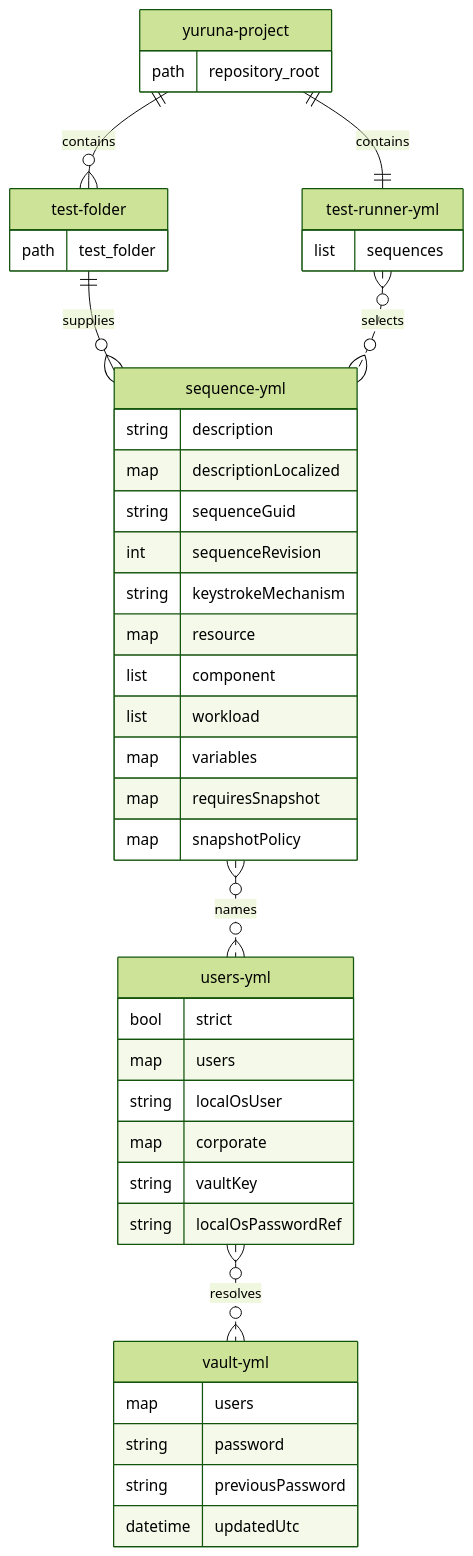
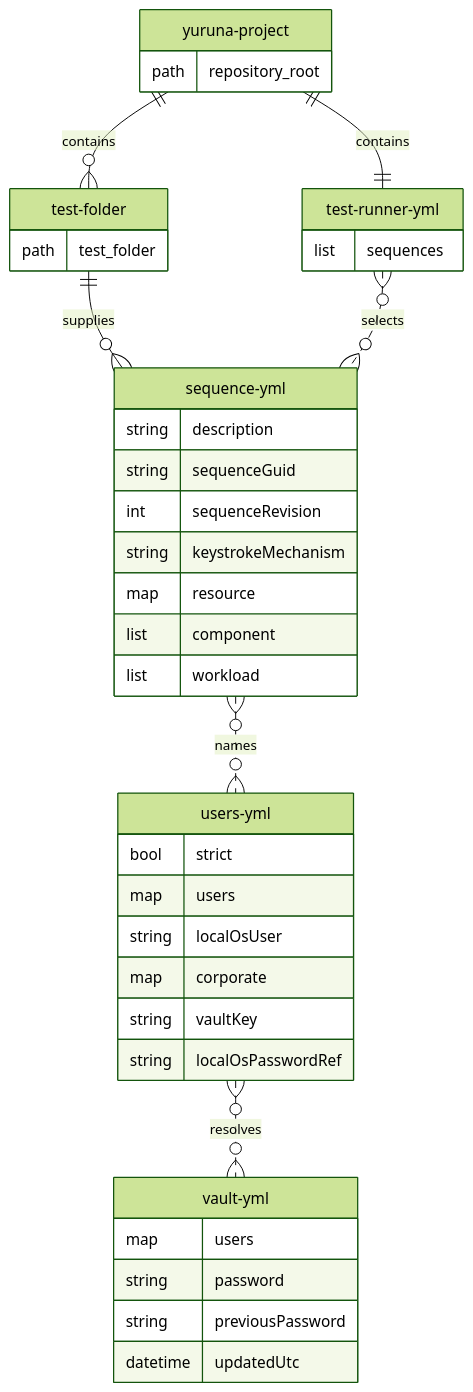
One commit to alissonsol/yuruna changed the third of 3 diagrams in docs/design/05-data-model.md. Above: the diagram before and after it, drawn with Mermaid (forest theme). The commit also changed other lines of this file and 1366 other files, not shown here.

````diff
--- a/docs/design/05-data-model.md
+++ b/docs/design/05-data-model.md
@@ -199,45 +199,41 @@
 ```mermaid
 erDiagram
     yuruna-project ||--o{ test-folder : contains
     yuruna-project ||--|| test-runner-yml : contains
     test-folder ||--o{ sequence-yml : supplies
     test-runner-yml }o..o{ sequence-yml : selects
     sequence-yml }o..o{ users-yml : names
     users-yml }o..o{ vault-yml : resolves
     yuruna-project {
         path repository_root
     }
     test-folder {
         path test_folder
     }
     test-runner-yml {
         list sequences
     }
     sequence-yml {
         string description
-        map descriptionLocalized
         string sequenceGuid
         int sequenceRevision
         string keystrokeMechanism
         map resource
         list component
         list workload
-        map variables
-        map requiresSnapshot
-        map snapshotPolicy
     }
     users-yml {
         bool strict
         map users
         string localOsUser
         map corporate
         string vaultKey
         string localOsPasswordRef
     }
     vault-yml {
         map users
         string password
         string previousPassword
         datetime updatedUtc
     }
 ```
````
